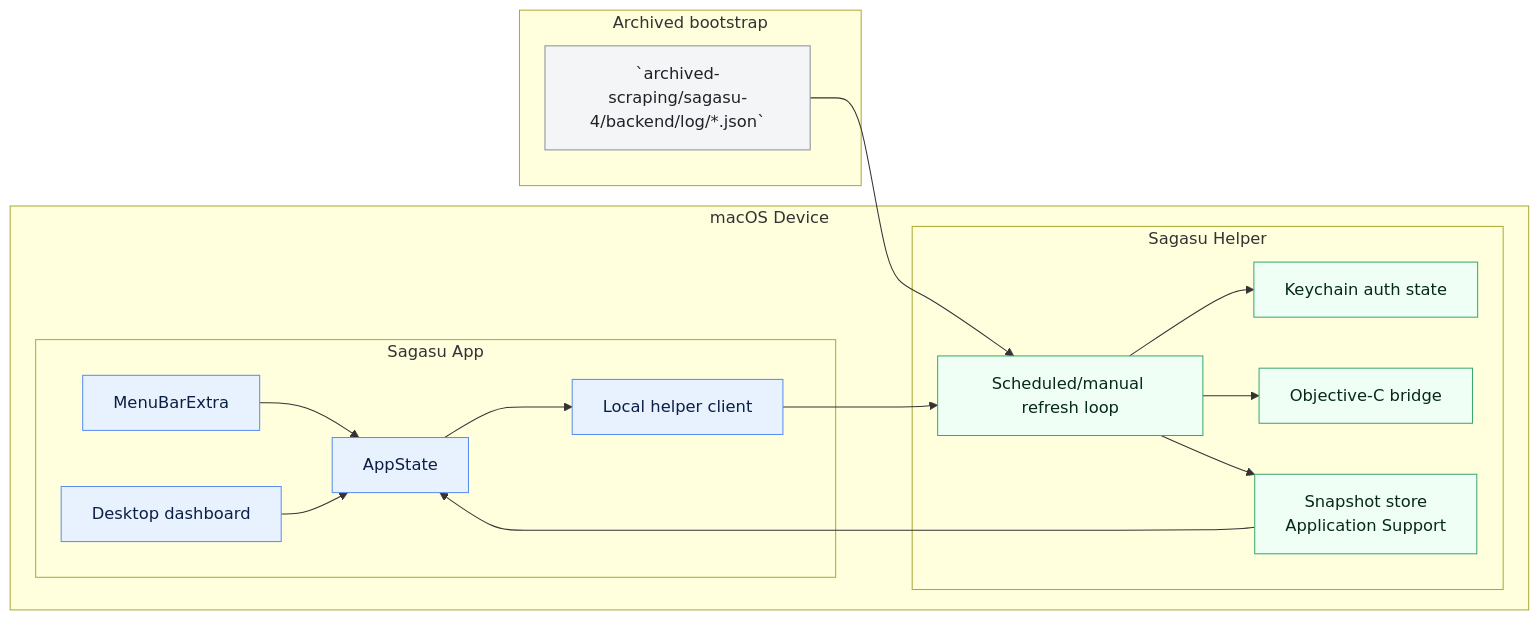
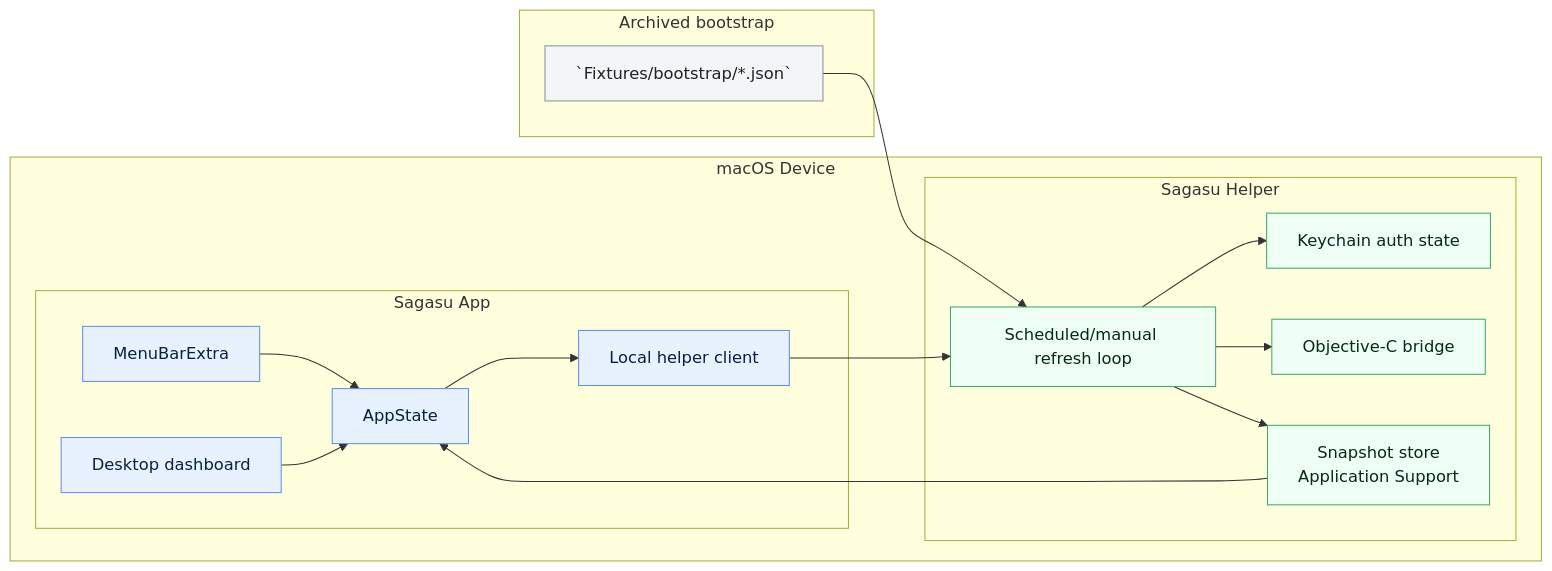
The diagram in README.md (gongahkia/sagasu-5), drawn with Mermaid before and after one commit. The commit also changed other lines of this file, not shown here.

Commit message:
Retarget the docs from the archive path to bundled fixtures.

````diff
--- a/README.md
+++ b/README.md
@@ -24,40 +24,40 @@
 ```mermaid
 flowchart LR
   classDef app fill:#E8F2FF,stroke:#5B8DEF,stroke-width:1px,color:#0B1F44;
   classDef helper fill:#EFFFF5,stroke:#3AA76D,stroke-width:1px,color:#062A17;
   classDef data fill:#FFF6E5,stroke:#D49B3A,stroke-width:1px,color:#3B2103;
   classDef archive fill:#F4F5F7,stroke:#8A8F98,stroke-width:1px,color:#1F2328;
 
   subgraph mac[macOS Device]
     subgraph app[Sagasu App]
       MB[MenuBarExtra]
       DASH[Desktop dashboard]
       STATE[AppState]
       CLIENT[Local helper client]
       class MB,DASH,STATE,CLIENT app
     end
 
     subgraph helper[Sagasu Helper]
       LOOP[Scheduled/manual refresh loop]
       STORE[Snapshot store\nApplication Support]
       AUTH[Keychain auth state]
       BRIDGE[Objective-C bridge]
       class LOOP,STORE,AUTH,BRIDGE helper
     end
   end
 
   subgraph archive[Archived bootstrap]
-    S4[`archived-scraping/sagasu-4/backend/log/*.json`]
+    S4[`Fixtures/bootstrap/*.json`]
     class S4 archive
   end
 
   MB --> STATE
   DASH --> STATE
   STATE --> CLIENT
   CLIENT --> LOOP
   LOOP --> AUTH
   LOOP --> BRIDGE
   LOOP --> STORE
   S4 --> LOOP
   STORE --> STATE
 ```
````
